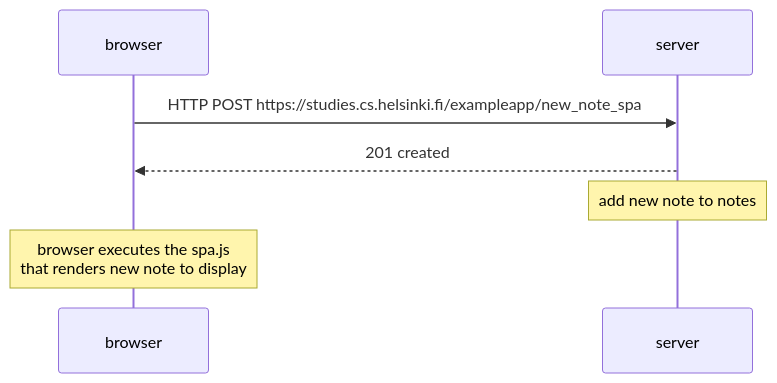
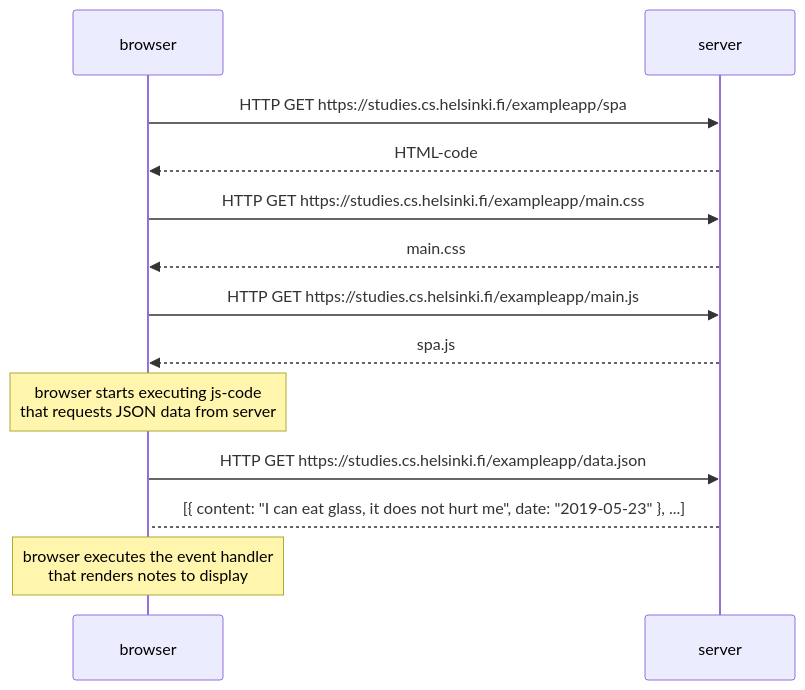
Before and after one commit to gutunn/fullstackopen: the diagram in part0/0.5.md, drawn with Mermaid. The commit also changed 1 other file, not shown here.

Commit message:
change orders

````diff
--- a/part0/0.5.md
+++ b/part0/0.5.md
@@ -1,7 +1,13 @@
 ```mermaid
 sequenceDiagram
-browser->>server: HTTP POST https://studies.cs.helsinki.fi/exampleapp/new_note_spa
-server-->>browser: 201 created
-note over server: add new note to notes
-note over browser:browser executes the spa.js <br> that renders new note to display
+browser->>server: HTTP GET https://studies.cs.helsinki.fi/exampleapp/spa
+server-->>browser: HTML-code
+browser->>server: HTTP GET https://studies.cs.helsinki.fi/exampleapp/main.css
+server-->>browser: main.css
+browser->>server: HTTP GET https://studies.cs.helsinki.fi/exampleapp/main.js
+server-->>browser: spa.js
+note over browser: browser starts executing js-code <br> that requests JSON data from server
+browser->>server: HTTP GET https://studies.cs.helsinki.fi/exampleapp/data.json
+server-->browser: [{ content: "I can eat glass, it does not hurt me", date: "2019-05-23" }, ...]
+note over browser:browser executes the event handler <br> that renders notes to display
 ```
````
